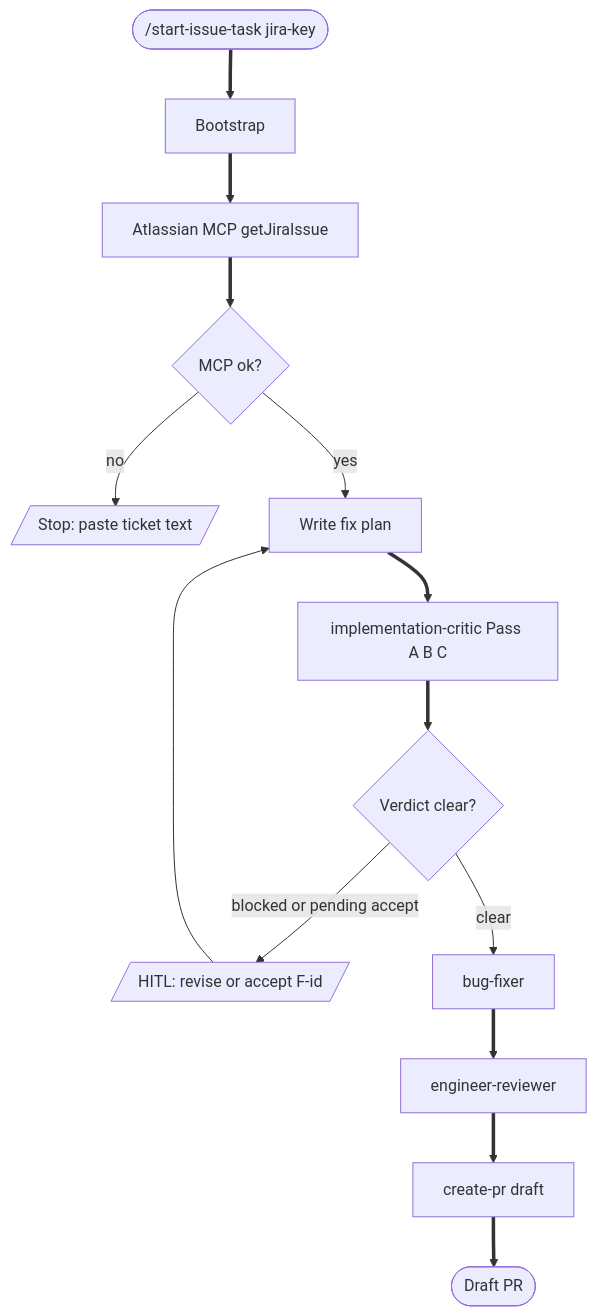
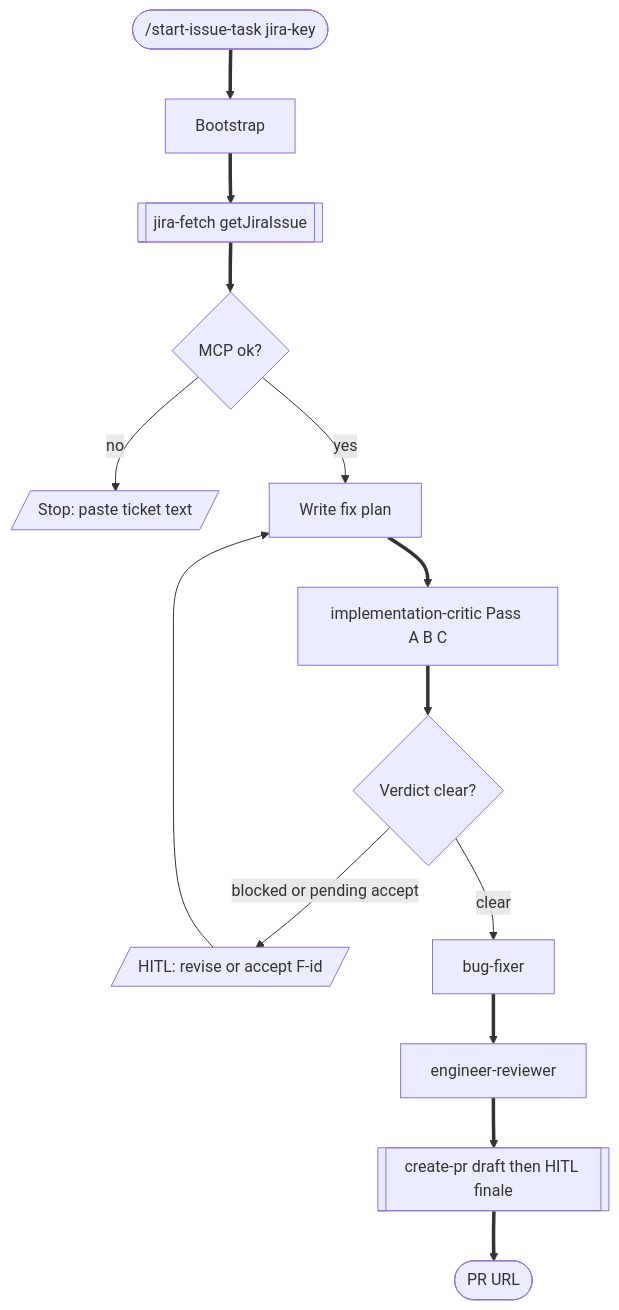
Diagram 11 of 12 in docs/superpowers/pipeline-flow.md (a-trembak/cursor-spells), drawn with Mermaid before and after one commit. The commit also changed other lines of this file and 4 other files, not shown here.

First line of the commit message:
docs: document Jira router, PR finale, and capture-escape

````diff
--- a/docs/superpowers/pipeline-flow.md
+++ b/docs/superpowers/pipeline-flow.md
@@ -391,23 +417,23 @@
 ```mermaid
 flowchart TD
   startIssue(["/start-issue-task jira-key"])
   boot["Bootstrap"]
-  jira["Atlassian MCP getJiraIssue"]
+  jira[["jira-fetch getJiraIssue"]]
   jiraFail{MCP ok?}
   stopJira[/"Stop: paste ticket text"/]
   planFix["Write fix plan"]
   critic["implementation-critic Pass A B C"]
   verdict{Verdict clear?}
   hitlCrit[/"HITL: revise or accept F-id"/]
   fixer["bug-fixer"]
   review["engineer-reviewer"]
-  prNode["create-pr draft"]
-  doneIssue(["Draft PR"])
+  prNode[["create-pr draft then HITL finale"]]
+  doneIssue(["PR URL"])
 
   startIssue ==> boot ==> jira ==> jiraFail
   jiraFail -->|"no"| stopJira
   jiraFail -->|"yes"| planFix ==> critic ==> verdict
   verdict -->|"blocked or pending accept"| hitlCrit
   hitlCrit --> planFix
   verdict -->|"clear"| fixer ==> review ==> prNode ==> doneIssue
 ```
````
